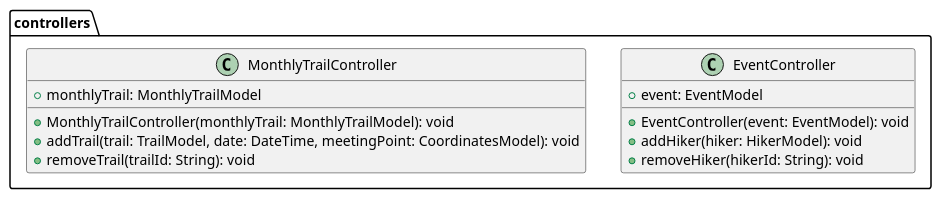
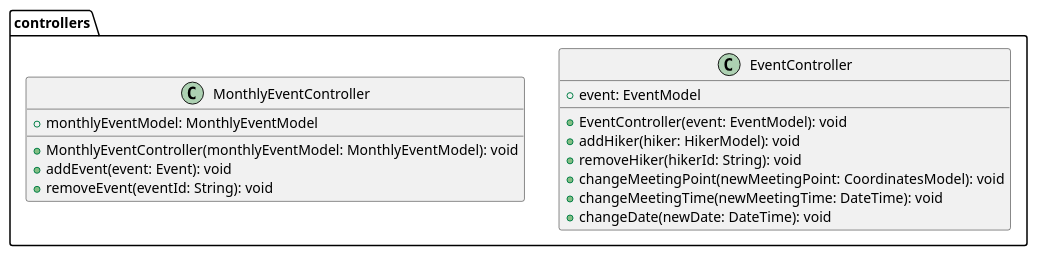
One commit to tiagors09/pe_na_pedra changed the diagram in docs/diagrams/src/class_diagrams/pe_na_pedra_class_diagram_3.plantuml. Above: the diagram before and after it, drawn with PlantUML.

Commit message:
docs: :memo: refactored diagram 3

```diff
--- a/docs/diagrams/src/class_diagrams/pe_na_pedra_class_diagram_3.plantuml
+++ b/docs/diagrams/src/class_diagrams/pe_na_pedra_class_diagram_3.plantuml
@@ -1,17 +1,20 @@
 @startuml pe_na_pedra_class_diagram_3
 package controllers {
   class EventController {
     + event: EventModel
     + EventController(event: EventModel): void
     + addHiker(hiker: HikerModel): void
     + removeHiker(hikerId: String): void
+    + changeMeetingPoint(newMeetingPoint: CoordinatesModel): void
+    + changeMeetingTime(newMeetingTime: DateTime): void
+    + changeDate(newDate: DateTime): void
   }
 
-  class MonthlyTrailController{
-    + monthlyTrail: MonthlyTrailModel
-    + MonthlyTrailController(monthlyTrail: MonthlyTrailModel): void
-    + addTrail(trail: TrailModel, date: DateTime, meetingPoint: CoordinatesModel): void
-    + removeTrail(trailId: String): void
+  class MonthlyEventController{
+    + monthlyEventModel: MonthlyEventModel
+    + MonthlyEventController(monthlyEventModel: MonthlyEventModel): void
+    + addEvent(event: Event): void
+    + removeEvent(eventId: String): void
   }
 }
 @enduml
```
